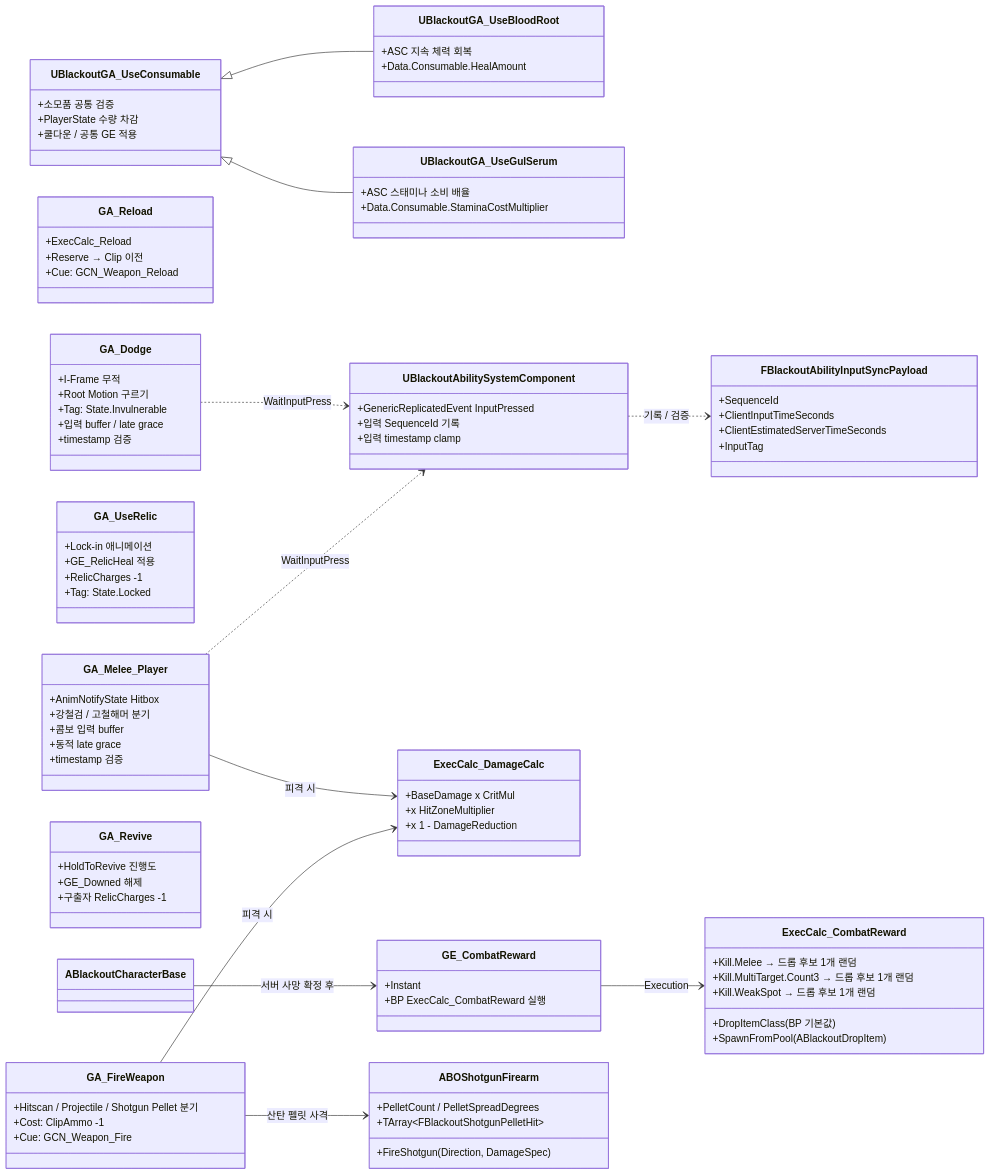
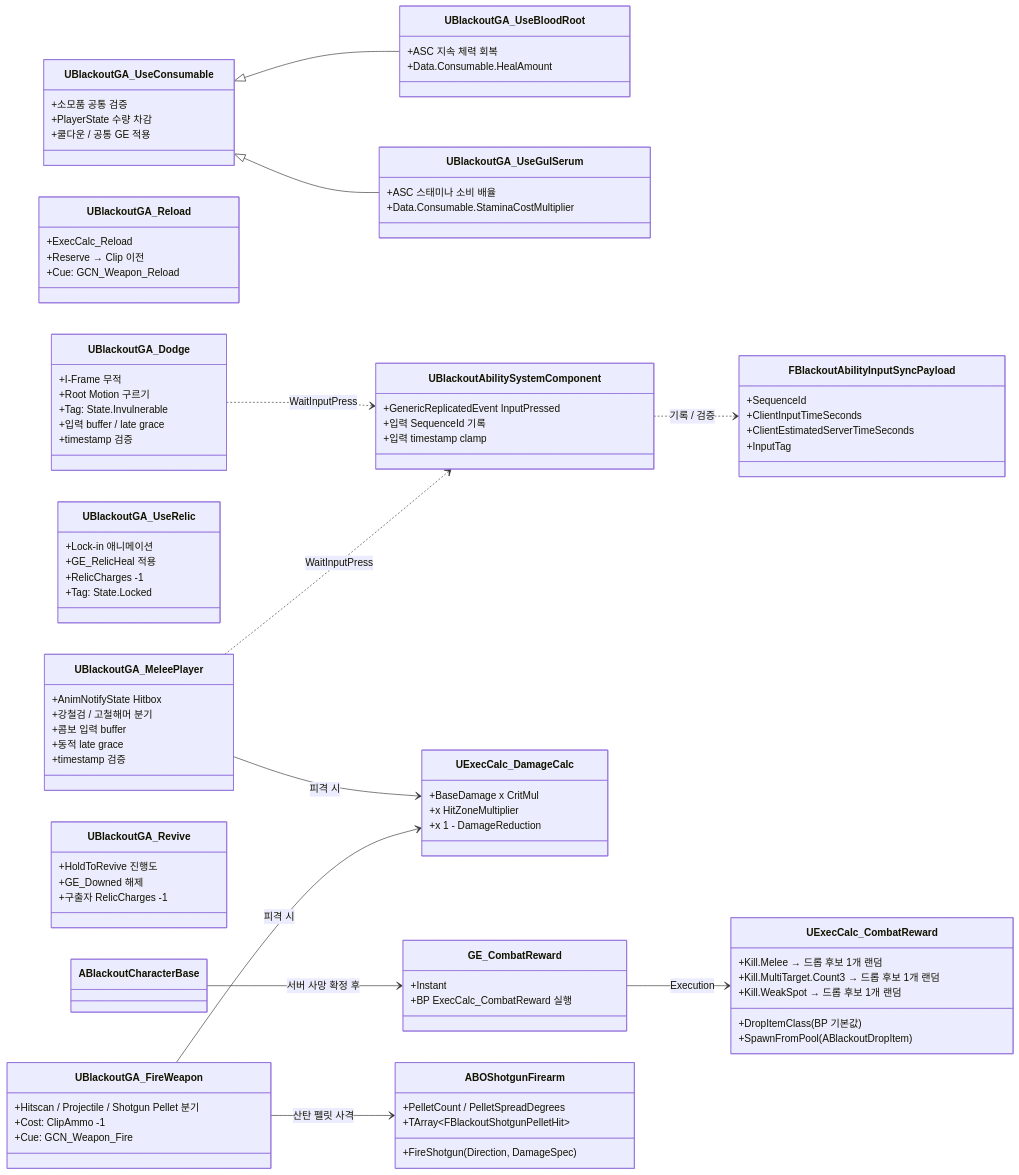
Before and after one commit to seongwon1579/ProjectBlackout: the sixth of 15 diagrams in Docs/Project_Blackout_클래스다이어그램.md, drawn with Mermaid. The commit also changed other lines of this file and 24 other files, not shown here.

Commit message:
Docs: 클래스 다이어그램 최신화

````diff
--- a/Docs/Project_Blackout_클래스다이어그램.md
+++ b/Docs/Project_Blackout_클래스다이어그램.md
@@ -248,19 +290,19 @@
 classDiagram
     direction LR
 
-    class GA_FireWeapon {
+    class UBlackoutGA_FireWeapon {
         +Hitscan / Projectile / Shotgun Pellet 분기
         +Cost: ClipAmmo -1
         +Cue: GCN_Weapon_Fire
     }
 
-    class GA_Reload {
+    class UBlackoutGA_Reload {
         +ExecCalc_Reload
         +Reserve → Clip 이전
         +Cue: GCN_Weapon_Reload
     }
 
-    class GA_Dodge {
+    class UBlackoutGA_Dodge {
         +I-Frame 무적
         +Root Motion 구르기
         +Tag: State.Invulnerable
@@ -268,7 +310,7 @@
         +timestamp 검증
     }
 
-    class GA_UseRelic {
+    class UBlackoutGA_UseRelic {
         +Lock-in 애니메이션
         +GE_RelicHeal 적용
         +RelicCharges -1
@@ -291,13 +333,13 @@
         +Data.Consumable.StaminaCostMultiplier
     }
 
-    class GA_Revive {
+    class UBlackoutGA_Revive {
         +HoldToRevive 진행도
         +GE_Downed 해제
         +구출자 RelicCharges -1
     }
 
-    class GA_Melee_Player {
+    class UBlackoutGA_MeleePlayer {
         +AnimNotifyState Hitbox
         +강철검 / 고철해머 분기
         +콤보 입력 buffer
@@ -318,13 +360,13 @@
         +InputTag
     }
 
-    class ExecCalc_DamageCalc {
+    class UExecCalc_DamageCalc {
         +BaseDamage x CritMul
         +x HitZoneMultiplier
         +x 1 - DamageReduction
     }
 
-    class ExecCalc_CombatReward {
+    class UExecCalc_CombatReward {
         +DropItemClass (BP 기본값)
         +Kill.Melee → 드롭 후보 1개 랜덤
         +Kill.MultiTarget.Count3 → 드롭 후보 1개 랜덤
@@ -343,14 +385,14 @@
         +TArray~FBlackoutShotgunPelletHit~
     }
 
-    GA_FireWeapon --> ABOShotgunFirearm : 산탄 펠릿 사격
-    GA_FireWeapon --> ExecCalc_DamageCalc : 피격 시
-    GA_Melee_Player --> ExecCalc_DamageCalc : 피격 시
-    GA_Melee_Player ..> UBlackoutAbilitySystemComponent : WaitInputPress
-    GA_Dodge ..> UBlackoutAbilitySystemComponent : WaitInputPress
+    UBlackoutGA_FireWeapon --> ABOShotgunFirearm : 산탄 펠릿 사격
+    UBlackoutGA_FireWeapon --> UExecCalc_DamageCalc : 피격 시
+    UBlackoutGA_MeleePlayer --> UExecCalc_DamageCalc : 피격 시
+    UBlackoutGA_MeleePlayer ..> UBlackoutAbilitySystemComponent : WaitInputPress
+    UBlackoutGA_Dodge ..> UBlackoutAbilitySystemComponent : WaitInputPress
     UBlackoutAbilitySystemComponent ..> FBlackoutAbilityInputSyncPayload : 기록 / 검증
     UBlackoutGA_UseConsumable <|-- UBlackoutGA_UseBloodRoot
     UBlackoutGA_UseConsumable <|-- UBlackoutGA_UseGulSerum
     ABlackoutCharacterBase --> GE_CombatReward : 서버 사망 확정 후
-    GE_CombatReward --> ExecCalc_CombatReward : Execution
+    GE_CombatReward --> UExecCalc_CombatReward : Execution
 ```
````
